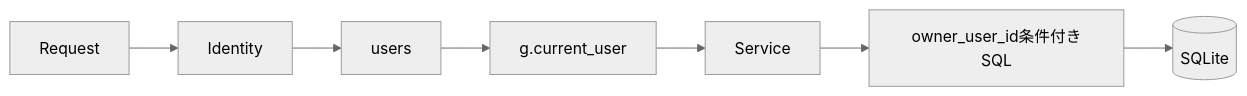
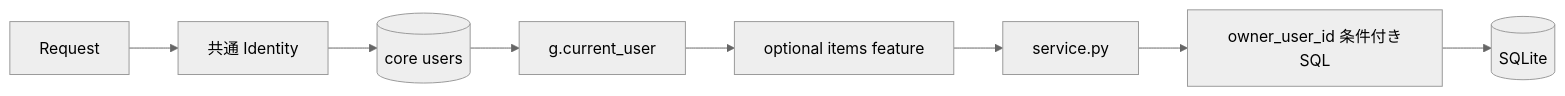
The first of 7 diagrams in docs/AUTH-CRUD.md (k-systems202208/python-sqlite-tailscale-webapp-template), drawn with Mermaid (neutral theme) before and after one commit. The commit also changed other lines of this file and 26 other files, not shown here.

````diff
--- a/docs/AUTH-CRUD.md
+++ b/docs/AUTH-CRUD.md
@@ -7,9 +9,10 @@
 ```mermaid
 flowchart LR
-    R["Request"] --> I["Identity"]
-    I --> U["users"]
+    R["Request"] --> I["共通 Identity"]
+    I --> U[("core users")]
     U --> G["g.current_user"]
-    G --> S["Service"]
-    S --> Q["owner_user_id条件付きSQL"]
+    G --> F["optional items feature"]
+    F --> S["service.py"]
+    S --> Q["owner_user_id 条件付きSQL"]
     Q --> D[("SQLite")]
 ```
````
